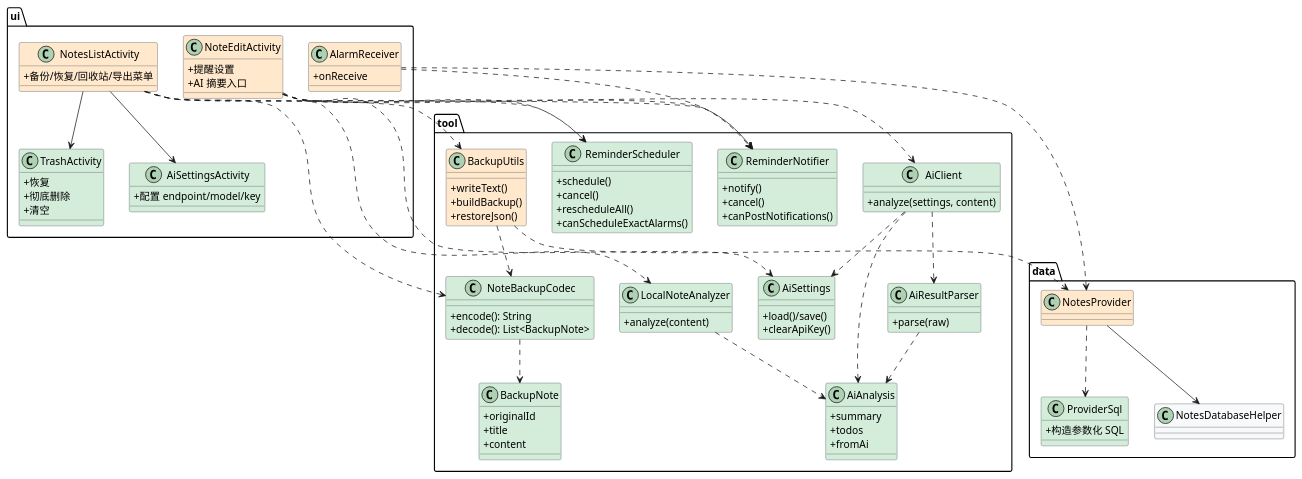
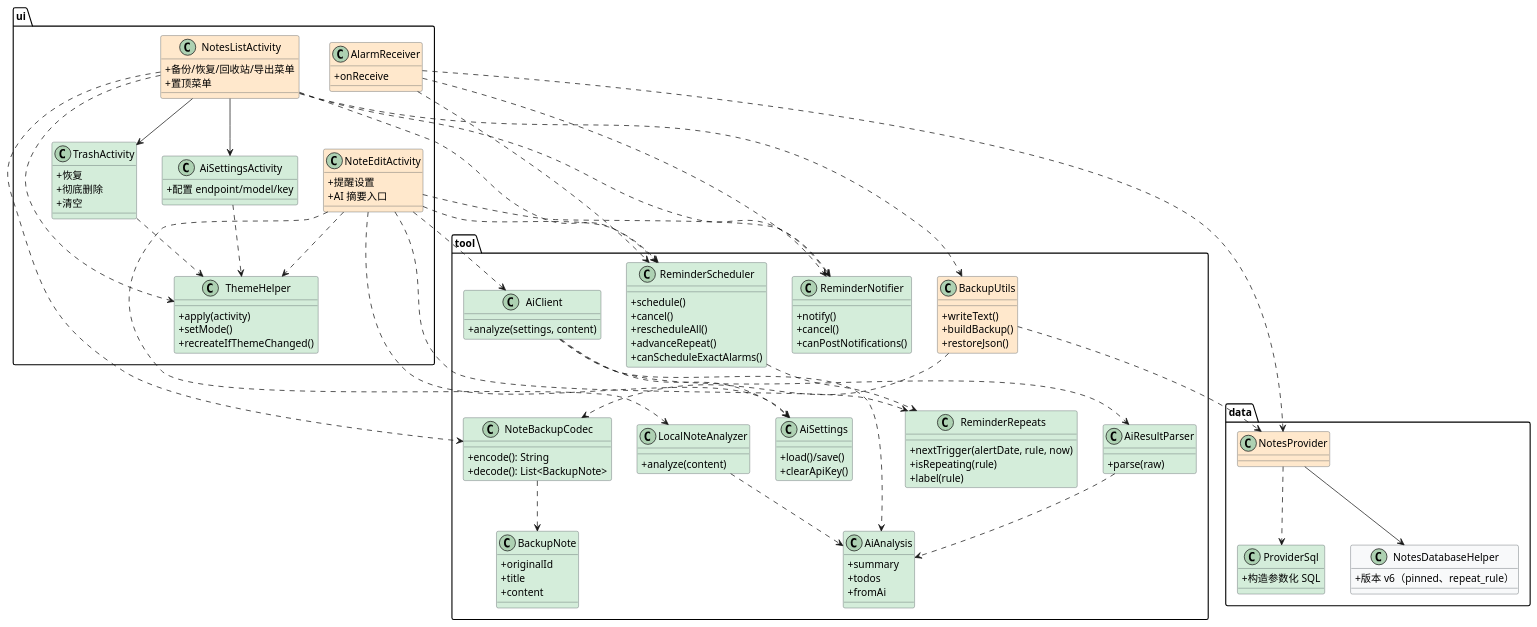
One commit to sys-analysis-design-team/micode-notes-maintenance changed the diagram in docs/uml/class_after.puml. Above: the diagram before and after it, drawn with PlantUML. The commit also changed 19 other files, not shown here.

First line of the commit message:
docs: UML 与报告同步到 M7–M9，重扫 Sonar/Lint

```diff
--- a/docs/uml/class_after.puml
+++ b/docs/uml/class_after.puml
@@ -1,112 +1,133 @@
 @startuml
 ' 小米便签维护后设计类图（绿色为新增类，橙色为重构类）
 skinparam classAttributeIconSize 0
 skinparam class {
   BackgroundColor #F8F9FA
   BorderColor #495057
 }
 
 package "ui" {
   class NotesListActivity #FFE8CC {
     +备份/恢复/回收站/导出菜单
+    +置顶菜单
   }
   class NoteEditActivity #FFE8CC {
     +提醒设置
     +AI 摘要入口
   }
   class TrashActivity #D4EDDA {
     +恢复
     +彻底删除
     +清空
   }
   class AiSettingsActivity #D4EDDA {
     +配置 endpoint/model/key
+  }
+  class ThemeHelper #D4EDDA {
+    +apply(activity)
+    +setMode()
+    +recreateIfThemeChanged()
   }
   class AlarmReceiver #FFE8CC {
     +onReceive
   }
 }
 
 package "tool" {
   class BackupUtils #FFE8CC {
     +writeText()
     +buildBackup()
     +restoreJson()
   }
   class NoteBackupCodec #D4EDDA {
     +encode(): String
     +decode(): List<BackupNote>
   }
   class BackupNote #D4EDDA {
     +originalId
     +title
     +content
   }
   class ReminderScheduler #D4EDDA {
     +schedule()
     +cancel()
     +rescheduleAll()
+    +advanceRepeat()
     +canScheduleExactAlarms()
+  }
+  class ReminderRepeats #D4EDDA {
+    +nextTrigger(alertDate, rule, now)
+    +isRepeating(rule)
+    +label(rule)
   }
   class ReminderNotifier #D4EDDA {
     +notify()
     +cancel()
     +canPostNotifications()
   }
   class AiClient #D4EDDA {
     +analyze(settings, content)
   }
   class LocalNoteAnalyzer #D4EDDA {
     +analyze(content)
   }
   class AiResultParser #D4EDDA {
     +parse(raw)
   }
   class AiSettings #D4EDDA {
     +load()/save()
     +clearApiKey()
   }
   class AiAnalysis #D4EDDA {
     +summary
     +todos
     +fromAi
   }
 }
 
 package "data" {
   class NotesProvider #FFE8CC
   class ProviderSql #D4EDDA {
     +构造参数化 SQL
   }
-  class NotesDatabaseHelper
+  class NotesDatabaseHelper {
+    +版本 v6（pinned、repeat_rule）
+  }
 }
 
 NotesListActivity --> TrashActivity
 NotesListActivity --> AiSettingsActivity
 NotesListActivity ..> BackupUtils
 NotesListActivity ..> NoteBackupCodec
 NotesListActivity ..> ReminderScheduler
 NotesListActivity ..> ReminderNotifier
+NotesListActivity ..> ThemeHelper
+NoteEditActivity ..> ThemeHelper
+TrashActivity ..> ThemeHelper
+AiSettingsActivity ..> ThemeHelper
 
 NoteEditActivity ..> AiClient
 NoteEditActivity ..> AiSettings
 NoteEditActivity ..> LocalNoteAnalyzer
 NoteEditActivity ..> ReminderScheduler
 NoteEditActivity ..> ReminderNotifier
+NoteEditActivity ..> ReminderRepeats
 
+ReminderScheduler ..> ReminderRepeats
 AlarmReceiver ..> ReminderNotifier
+AlarmReceiver ..> ReminderScheduler
 AlarmReceiver ..> NotesProvider
 
 AiClient ..> AiSettings
 AiClient ..> AiResultParser
 AiClient ..> AiAnalysis
 LocalNoteAnalyzer ..> AiAnalysis
 AiResultParser ..> AiAnalysis
 
 BackupUtils ..> NoteBackupCodec
 NoteBackupCodec ..> BackupNote
 BackupUtils ..> NotesProvider
 
 NotesProvider ..> ProviderSql
 NotesProvider --> NotesDatabaseHelper
 @enduml
```
